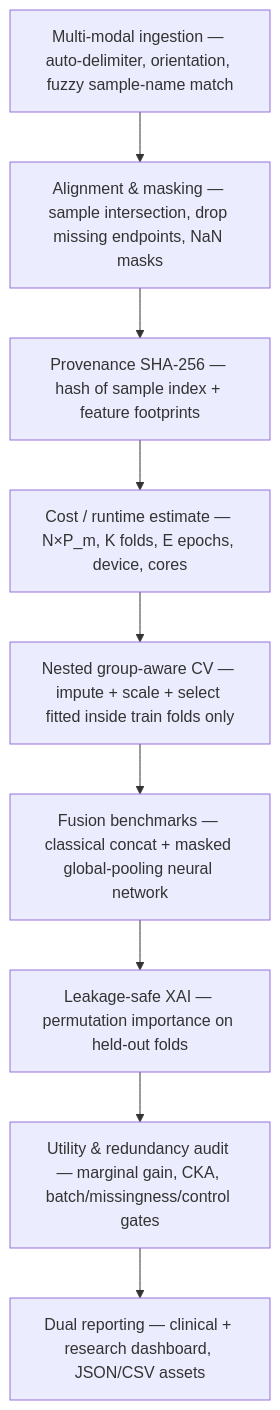
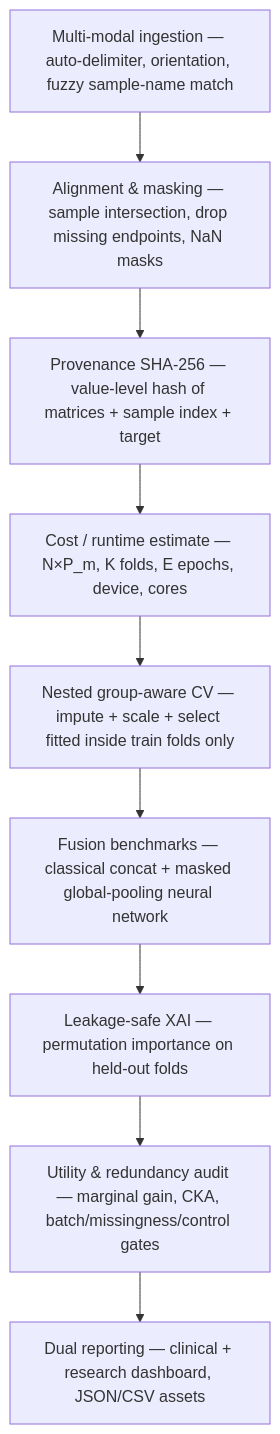
One commit to tunabirgun/omicau changed the diagram in README.md. Above: the diagram before and after it, drawn with Mermaid. The commit also changed other lines of this file, not shown here.

First line of the commit message:
README: correct stale claims after feature changes

````diff
--- a/README.md
+++ b/README.md
@@ -188,13 +189,13 @@
 ```mermaid
 flowchart TB
     S0["Multi-modal ingestion — auto-delimiter, orientation, fuzzy sample-name match"]
     S1["Alignment & masking — sample intersection, drop missing endpoints, NaN masks"]
-    S2["Provenance SHA-256 — hash of sample index + feature footprints"]
+    S2["Provenance SHA-256 — value-level hash of matrices + sample index + target"]
     S3["Cost / runtime estimate — N×P_m, K folds, E epochs, device, cores"]
     S4["Nested group-aware CV — impute + scale + select fitted inside train folds only"]
     S5["Fusion benchmarks — classical concat + masked global-pooling neural network"]
     S6["Leakage-safe XAI — permutation importance on held-out folds"]
     S7["Utility & redundancy audit — marginal gain, CKA, batch/missingness/control gates"]
     S8["Dual reporting — clinical + research dashboard, JSON/CSV assets"]
     S0 --> S1 --> S2 --> S3 --> S4 --> S5 --> S6 --> S7 --> S8
 ```
````
